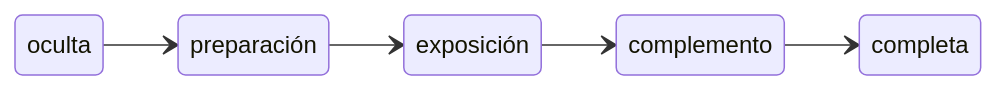
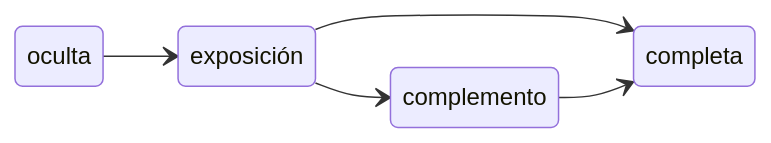
One commit to Andeveling/cafe-y-tertulia changed the third of 3 diagrams in docs/SPEC.md. Above: the diagram before and after it, drawn with Mermaid. The commit also changed other lines of this file and 11 other files, not shown here.

````diff
--- a/docs/SPEC.md
+++ b/docs/SPEC.md
@@ -251,14 +251,13 @@
 ```mermaid
 stateDiagram-v2
     direction LR
     state "oculta" as hidden
-    state "preparación" as preparation
     state "exposición" as exposition
     state "complemento" as complement
     state "completa" as complete
 
-    hidden --> preparation
-    preparation --> exposition
+    hidden --> exposition
     exposition --> complement
+    exposition --> complete
     complement --> complete
 ```
````
